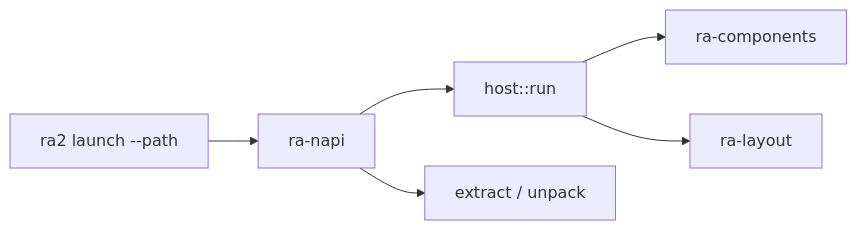
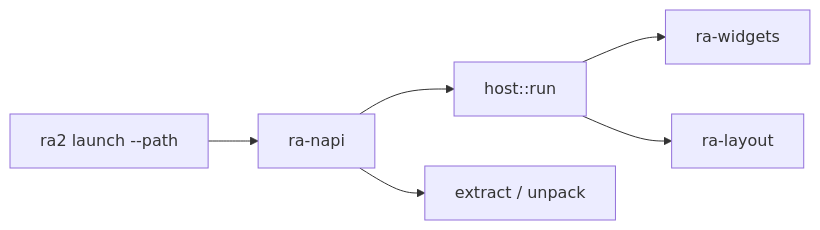
The diagram in projects/bindings/ra-napi/readme.md (rust-alert/ra2.exe), drawn with Mermaid before and after one commit. The commit also changed other lines of this file and 53 other files, not shown here.

First line of the commit message:
♻️ Rename `ra-components` to `ra-widgets`

````diff
--- a/projects/bindings/ra-napi/readme.md
+++ b/projects/bindings/ra-napi/readme.md
@@ -7,8 +7,8 @@
 ```mermaid
 flowchart LR
     A["ra2 launch --path"] --> B[ra-napi]
     B --> C["host::run"]
     B --> D[extract / unpack]
-    C --> E[ra-components]
+    C --> E[ra-widgets]
     C --> F[ra-layout]
 ```
````
